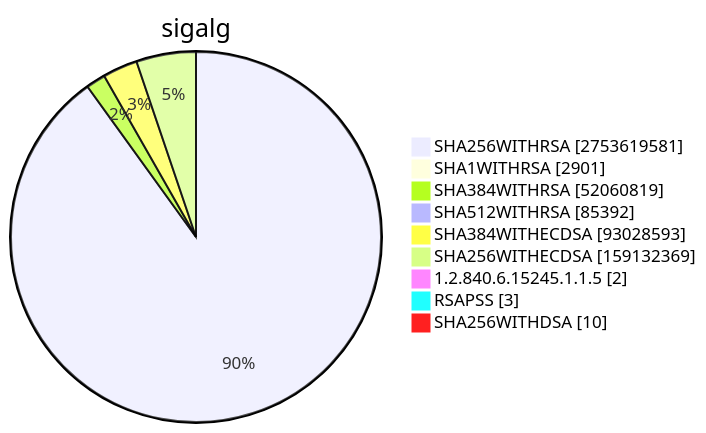
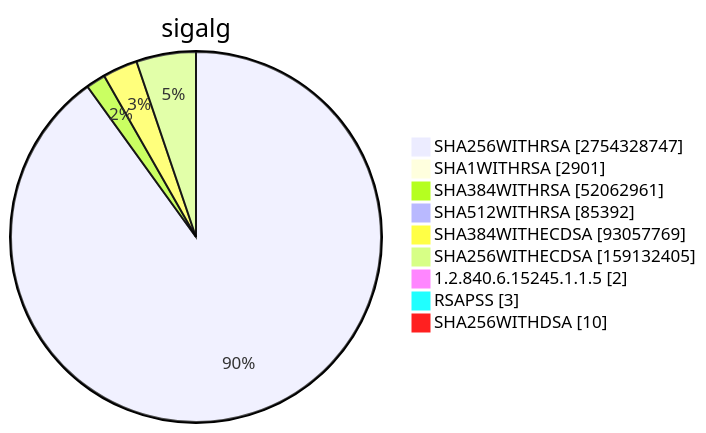
Diagram 15 of 15 in TOTAL/README.md (christiankrug/ctmonitor_visualization), drawn with Mermaid before and after one commit. The commit also changed other lines of this file, not shown here.

````diff
--- a/TOTAL/README.md
+++ b/TOTAL/README.md
@@ -6205,13 +6205,13 @@
 ```mermaid
 pie showData
 title sigalg
-"SHA256WITHRSA" :2753619581
+"SHA256WITHRSA" :2754328747
 "SHA1WITHRSA" :2901
-"SHA384WITHRSA" :52060819
+"SHA384WITHRSA" :52062961
 "SHA512WITHRSA" :85392
-"SHA384WITHECDSA" :93028593
-"SHA256WITHECDSA" :159132369
+"SHA384WITHECDSA" :93057769
+"SHA256WITHECDSA" :159132405
 "1.2.840.6.15245.1.1.5" :2
 "RSAPSS" :3
 "SHA256WITHDSA" :10
 ```
````
